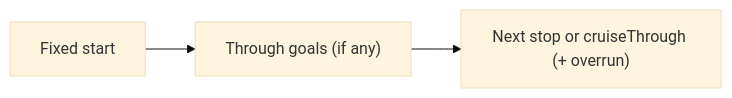
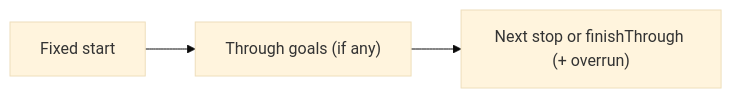
Before and after one commit to team581/offseason-2026: the second of 2 diagrams in shared/src/main/java/com/team581/trailblazer3/planning/01-path-geometry-and-kinematics.md, drawn with Mermaid (base theme). The commit also changed other lines of this file and 12 other files, not shown here.

Commit message:
Rename cruiseThrough to finishThrough

````diff
--- a/shared/src/main/java/com/team581/trailblazer3/planning/01-path-geometry-and-kinematics.md
+++ b/shared/src/main/java/com/team581/trailblazer3/planning/01-path-geometry-and-kinematics.md
@@ -146,4 +146,4 @@
 ```mermaid
 flowchart LR
-    Start["Fixed start"] --> A["Through goals (if any)"] --> Terminal["Next stop or cruiseThrough (+ overrun)"]
+    Start["Fixed start"] --> A["Through goals (if any)"] --> Terminal["Next stop or finishThrough (+ overrun)"]
 ```
````
